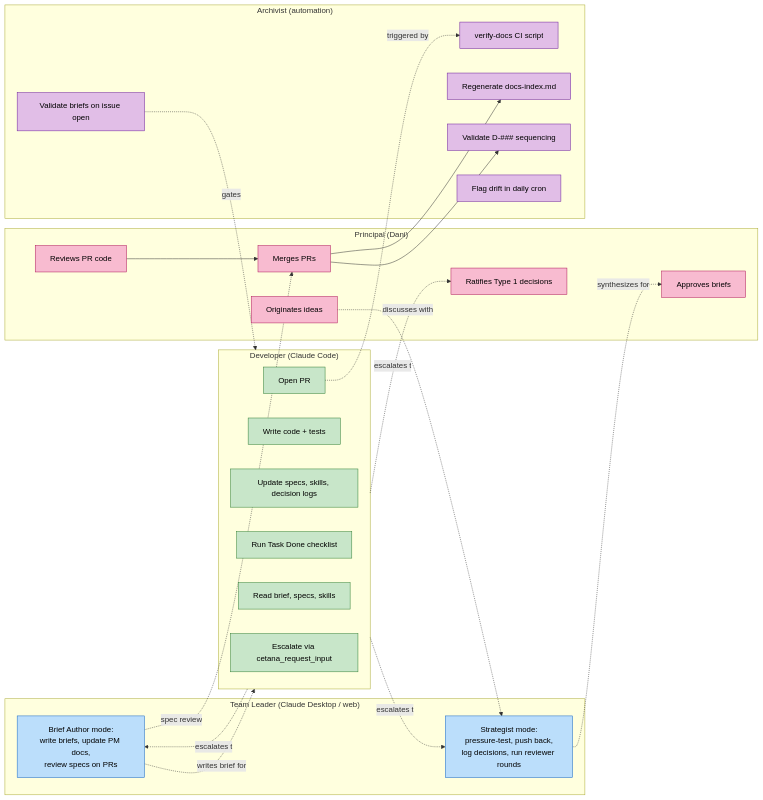
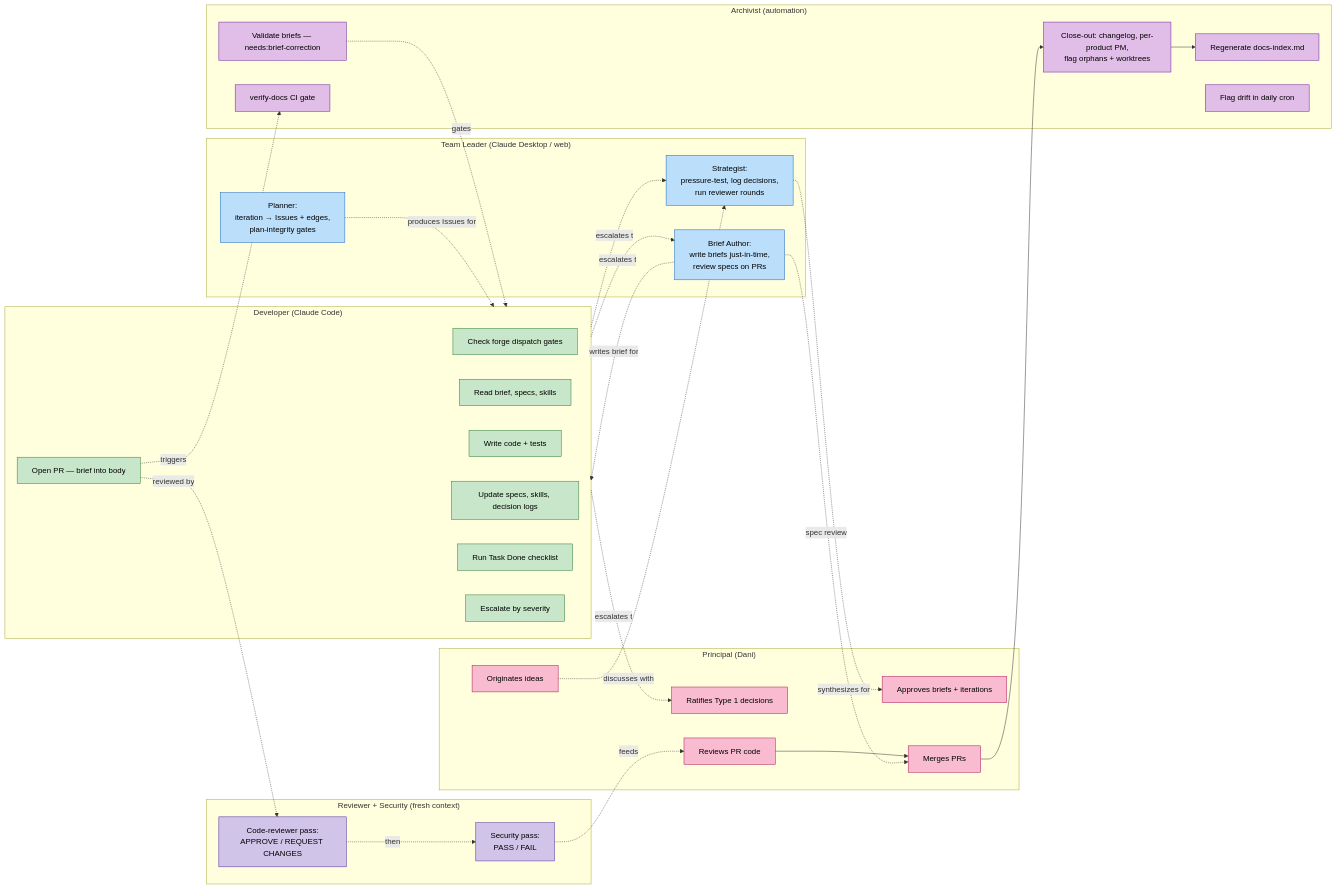
Before and after one commit to atta-labs/attalabs: the second of 6 diagrams in project-management/diagrams/process-flow.md, drawn with Mermaid. The commit also changed other lines of this file, not shown here.

Commit message:
Docs: rewrite process-flow diagram to endorsed design — Phase 0 iteration planning (Planner→Issues+thin file), derived status (no status:* labels), brief into PR body, task/<iteration>/<n>, dispatch gates, explicit code-reviewer+security passes, tool-neutral escalation, Archivist close-out

````diff
--- a/project-management/diagrams/process-flow.md
+++ b/project-management/diagrams/process-flow.md
@@ -98,55 +110,68 @@
 ```mermaid
 flowchart LR
     subgraph Principal["Principal (Dani)"]
         P_Idea[Originates ideas]
-        P_Approve[Approves briefs]
+        P_Approve[Approves briefs + iterations]
         P_Type1[Ratifies Type 1 decisions]
         P_Review[Reviews PR code]
         P_Merge[Merges PRs]
     end
 
     subgraph TL["Team Leader (Claude Desktop / web)"]
-        TL_Strat[Strategist mode:<br/>pressure-test, push back,<br/>log decisions, run reviewer rounds]
-        TL_Brief[Brief Author mode:<br/>write briefs, update PM docs,<br/>review specs on PRs]
+        TL_Strat[Strategist:<br/>pressure-test, log decisions,<br/>run reviewer rounds]
+        TL_Plan[Planner:<br/>iteration → Issues + edges,<br/>plan-integrity gates]
+        TL_Brief[Brief Author:<br/>write briefs just-in-time,<br/>review specs on PRs]
     end
 
     subgraph Developer["Developer (Claude Code)"]
+        D_Gate[Check forge dispatch gates]
         D_Read[Read brief, specs, skills]
         D_Code[Write code + tests]
         D_Doc[Update specs, skills, decision logs]
         D_Verify[Run Task Done checklist]
-        D_PR[Open PR]
-        D_Escalate[Escalate via cetana_request_input]
+        D_PR[Open PR — brief into body]
+        D_Escalate[Escalate by severity]
+    end
+
+    subgraph Reviewers["Reviewer + Security (fresh context)"]
+        R_Code[Code-reviewer pass:<br/>APPROVE / REQUEST CHANGES]
+        R_Sec[Security pass:<br/>PASS / FAIL]
     end
 
     subgraph Archivist["Archivist (automation)"]
-        A_Validate[Validate briefs on issue open]
-        A_Verify[verify-docs CI script]
+        A_Validate[Validate briefs — needs:brief-correction]
+        A_Verify[verify-docs CI gate]
+        A_CloseOut[Close-out: changelog, per-product PM,<br/>flag orphans + worktrees]
         A_Index[Regenerate docs-index.md]
-        A_Sequence[Validate D-### sequencing]
         A_Drift[Flag drift in daily cron]
     end
 
     P_Idea -.discusses with.-> TL_Strat
+    TL_Plan -.produces Issues for.-> Developer
     TL_Strat -.synthesizes for.-> P_Approve
     TL_Brief -.writes brief for.-> Developer
     A_Validate -.gates.-> Developer
     Developer -.escalates to.-> TL_Brief
     Developer -.escalates to.-> TL_Strat
     Developer -.escalates to.-> P_Type1
-    D_PR -.triggered by.-> A_Verify
+    D_PR -.triggers.-> A_Verify
+    D_PR -.reviewed by.-> R_Code
+    R_Code -.then.-> R_Sec
+    R_Sec -.feeds.-> P_Review
     P_Review --> P_Merge
     TL_Brief -.spec review.-> P_Merge
-    P_Merge --> A_Index
-    P_Merge --> A_Sequence
+    P_Merge --> A_CloseOut
+    A_CloseOut --> A_Index
 
     classDef principalCluster fill:#f8bbd0,stroke:#ad1457,color:#000
     classDef tlCluster fill:#bbdefb,stroke:#1565c0,color:#000
     classDef devCluster fill:#c8e6c9,stroke:#2e7d32,color:#000
+    classDef revCluster fill:#d1c4e9,stroke:#4527a0,color:#000
     classDef archCluster fill:#e1bee7,stroke:#6a1b9a,color:#000
 
     class P_Idea,P_Approve,P_Type1,P_Review,P_Merge principalCluster
-    class TL_Strat,TL_Brief tlCluster
-    class D_Read,D_Code,D_Doc,D_Verify,D_PR,D_Escalate devCluster
-    class A_Validate,A_Verify,A_Index,A_Sequence,A_Drift archCluster
+    class TL_Strat,TL_Plan,TL_Brief tlCluster
+    class D_Gate,D_Read,D_Code,D_Doc,D_Verify,D_PR,D_Escalate devCluster
+    class R_Code,R_Sec revCluster
+    class A_Validate,A_Verify,A_CloseOut,A_Index,A_Drift archCluster
 ```
````
